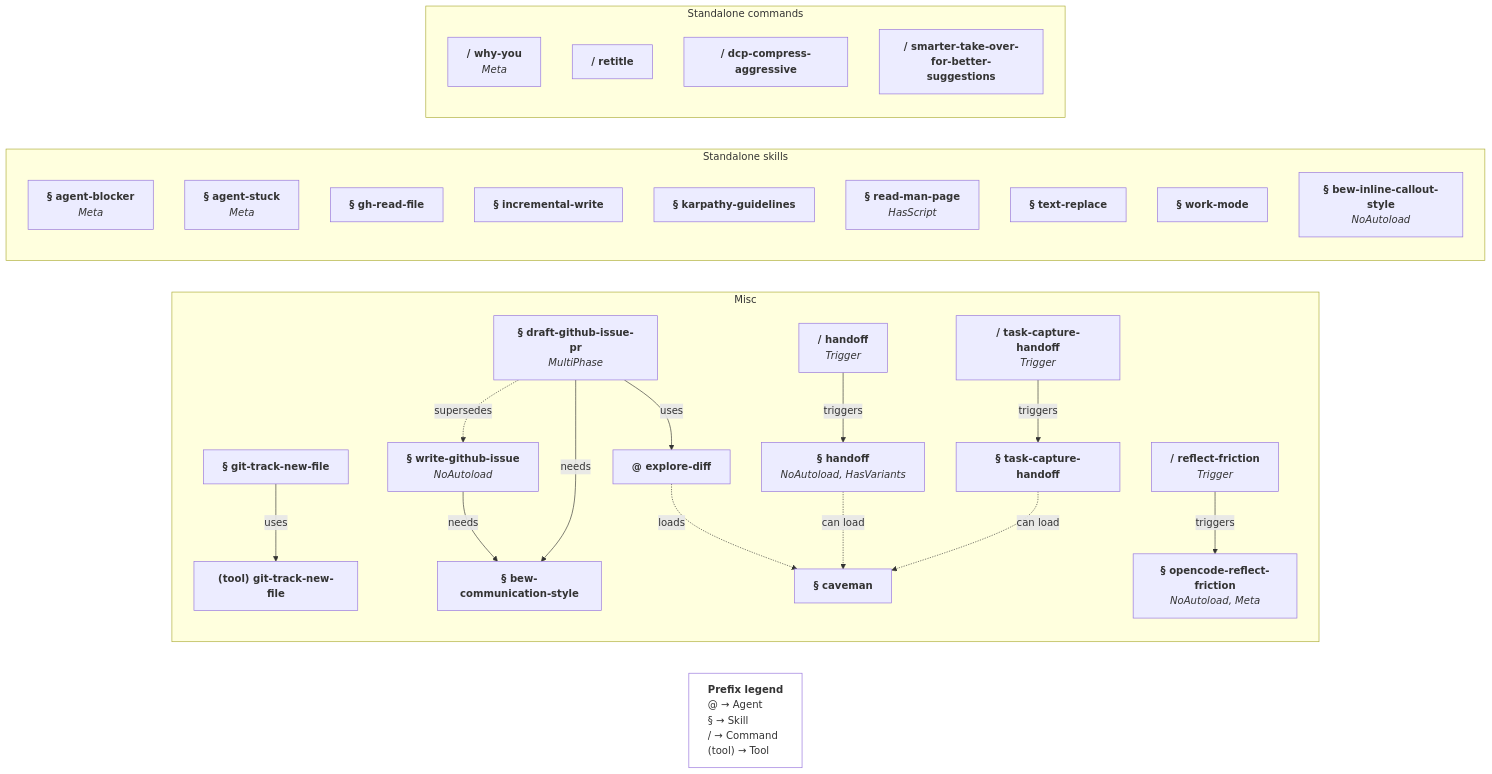
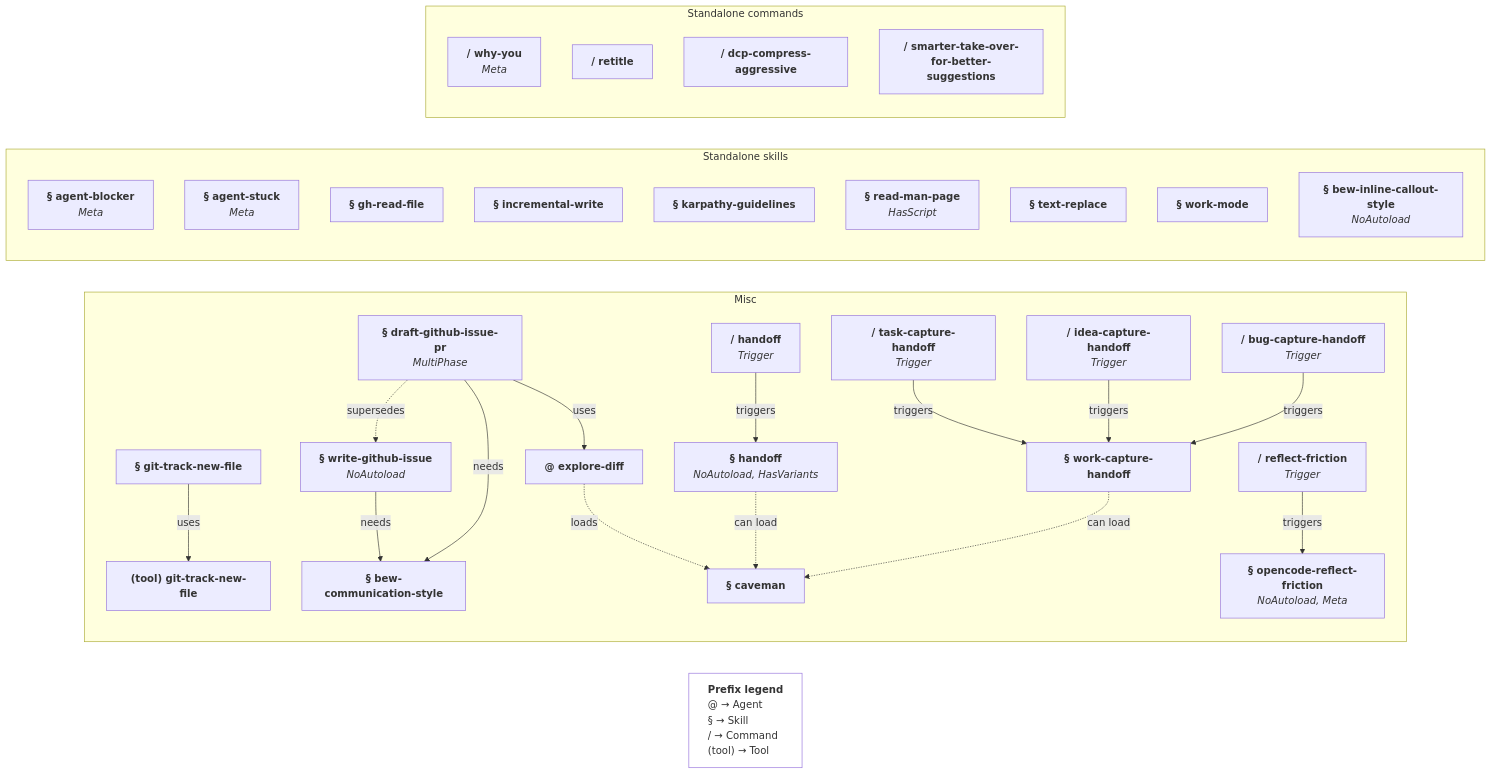
The second of 2 diagrams in opencode/MY_AI_STUFF.md (bew/dotfiles), drawn with Mermaid before and after one commit. The commit also changed other lines of this file and 9 other files, not shown here.

First line of the commit message:
oc: Generalise work capture to task/idea/bug modes

````diff
--- a/opencode/MY_AI_STUFF.md
+++ b/opencode/MY_AI_STUFF.md
@@ -116,52 +116,56 @@
 ```mermaid
 flowchart LR
   %% explore-diff is duplicated from the complex graph; it is not part of any group.
   ag_explore_diff["<b>@ explore-diff</b>"]
   legend["<b>Prefix legend</b><br/>@ → Agent<br/>§ → Skill<br/>/ → Command<br/>(tool) → Tool"]
   style legend text-align:left,fill:none
 
   subgraph misc[Misc]
     sk_handoff["<b>§ handoff</b><br/><i>NoAutoload, HasVariants</i>"]
-    sk_task_capture["<b>§ task-capture-handoff</b>"]
+    sk_work_capture["<b>§ work-capture-handoff</b>"]
     sk_git_track_skill["<b>§ git-track-new-file</b>"]
     tool_git_track["<b>(tool) git-track-new-file</b>"]
     sk_github_issue["<b>§ write-github-issue</b><br/><i>NoAutoload</i>"]
     sk_draft_gh["<b>§ draft-github-issue-pr</b><br/><i>MultiPhase</i>"]
     sk_bew_comm_style["<b>§ bew-communication-style</b>"]
     sk_cav["<b>§ caveman</b>"]
     sk_reflect_frict["<b>§ opencode-reflect-friction</b><br/><i>NoAutoload, Meta</i>"]
     cmd_handoff["<b>/ handoff</b><br/><i>Trigger</i>"]
     cmd_friction["<b>/ reflect-friction</b><br/><i>Trigger</i>"]
     cmd_task_capture["<b>/ task-capture-handoff</b><br/><i>Trigger</i>"]
+    cmd_idea_capture["<b>/ idea-capture-handoff</b><br/><i>Trigger</i>"]
+    cmd_bug_capture["<b>/ bug-capture-handoff</b><br/><i>Trigger</i>"]
     sk_git_track_skill -->|uses| tool_git_track
     sk_github_issue -->|needs| sk_bew_comm_style
     sk_draft_gh -->|needs| sk_bew_comm_style
     sk_draft_gh -->|uses| ag_explore_diff
     sk_draft_gh -. supersedes .-> sk_github_issue
     ag_explore_diff -. loads .-> sk_cav
     sk_handoff -. can load .-> sk_cav
-    sk_task_capture -. can load .-> sk_cav
+    sk_work_capture -. can load .-> sk_cav
     cmd_handoff -->|triggers| sk_handoff
     cmd_friction -->|triggers| sk_reflect_frict
-    cmd_task_capture -->|triggers| sk_task_capture
+    cmd_task_capture -->|triggers| sk_work_capture
+    cmd_idea_capture -->|triggers| sk_work_capture
+    cmd_bug_capture -->|triggers| sk_work_capture
   end
 
   subgraph otherskills[Standalone skills]
     sk_agent_blocker["<b>§ agent-blocker</b><br/><i>Meta</i>"]
     sk_agent_stuck["<b>§ agent-stuck</b><br/><i>Meta</i>"]
     sk_gh_read_file["<b>§ gh-read-file</b>"]
     sk_incremental_write["<b>§ incremental-write</b>"]
     sk_karpathy["<b>§ karpathy-guidelines</b>"]
     sk_read_man_page["<b>§ read-man-page</b><br/><i>HasScript</i>"]
     sk_text_replace["<b>§ text-replace</b>"]
     sk_work_mode["<b>§ work-mode</b>"]
     sk_bew_callout["<b>§ bew-inline-callout-style</b><br/><i>NoAutoload</i>"]
   end
 
   subgraph othercmds[Standalone commands]
     cmd_why_you["<b>/ why-you</b><br/><i>Meta</i>"]
     cmd_retitle["<b>/ retitle</b>"]
     cmd_dcp_aggressive["<b>/ dcp-compress-aggressive</b>"]
     cmd_smarter_takeover["<b>/ smarter-take-over-for-better-suggestions</b>"]
   end
 ```
````
